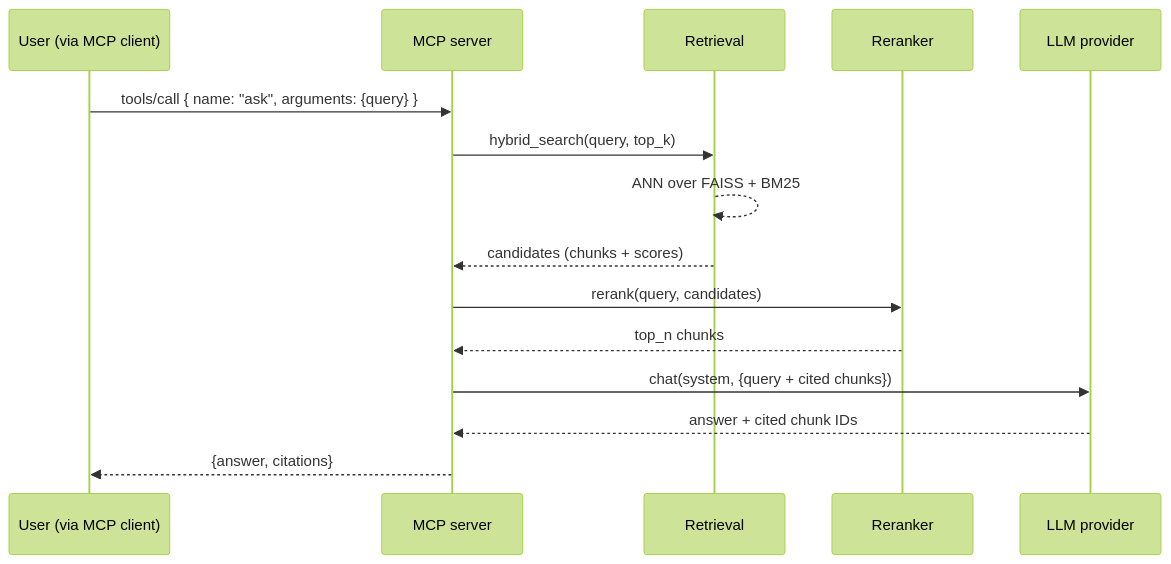
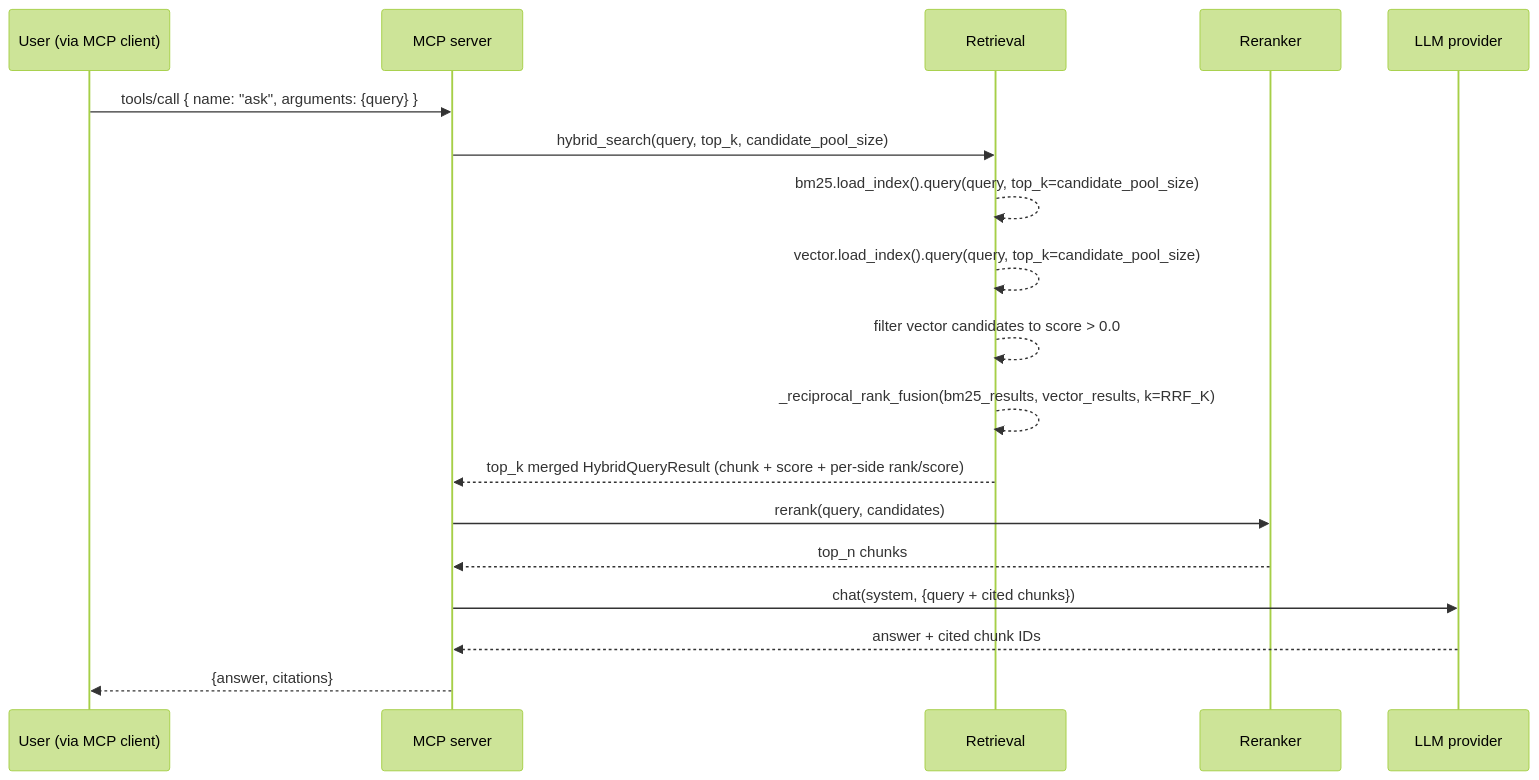
Before and after one commit to AyushShanu/CodeBase-MCP-Server: the third of 4 diagrams in FLOW.md, drawn with Mermaid (forest theme). The commit also changed other lines of this file and 16 other files, not shown here.

````diff
--- a/FLOW.md
+++ b/FLOW.md
@@ -144,18 +158,21 @@
 ```mermaid
 sequenceDiagram
     participant U as User (via MCP client)
     participant M as MCP server
     participant R as Retrieval
     participant X as Reranker
     participant L as LLM provider
 
     U->>M: tools/call { name: "ask", arguments: {query} }
-    M->>R: hybrid_search(query, top_k)
-    R-->>R: ANN over FAISS + BM25
-    R-->>M: candidates (chunks + scores)
+    M->>R: hybrid_search(query, top_k, candidate_pool_size)
+    R-->>R: bm25.load_index().query(query, top_k=candidate_pool_size)
+    R-->>R: vector.load_index().query(query, top_k=candidate_pool_size)
+    R-->>R: filter vector candidates to score > 0.0
+    R-->>R: _reciprocal_rank_fusion(bm25_results, vector_results, k=RRF_K)
+    R-->>M: top_k merged HybridQueryResult (chunk + score + per-side rank/score)
     M->>X: rerank(query, candidates)
     X-->>M: top_n chunks
     M->>L: chat(system, {query + cited chunks})
     L-->>M: answer + cited chunk IDs
     M-->>U: {answer, citations}
 ```
````
